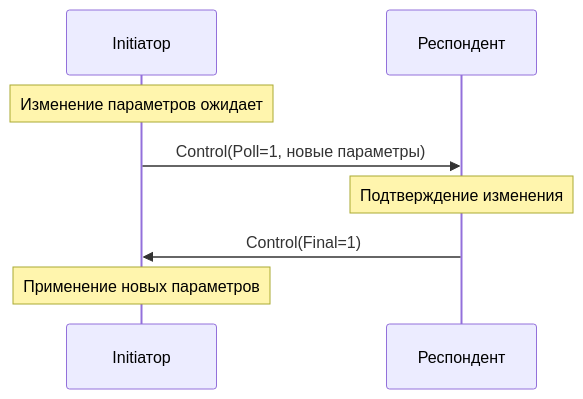
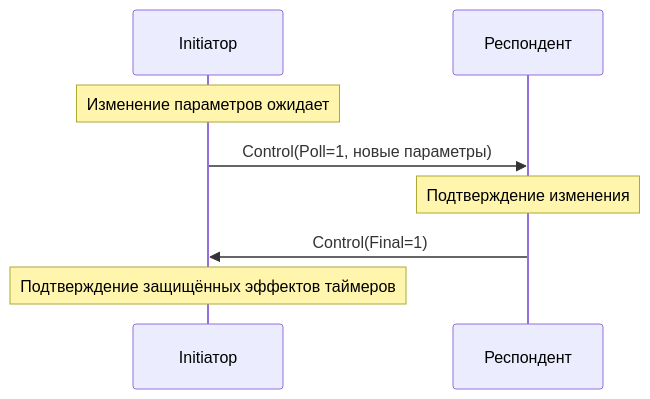
The second of 2 diagrams in docs/ru/02-protocol.md (dantte-lp/gobfd), drawn with Mermaid before and after one commit. The commit also changed other lines of this file and 24 other files, not shown here.

````diff
--- a/docs/ru/02-protocol.md
+++ b/docs/ru/02-protocol.md
@@ -182,11 +182,11 @@
 ```mermaid
 sequenceDiagram
     participant A as Initiатор
     participant B as Респондент
 
     Note over A: Изменение параметров ожидает
     A->>B: Control(Poll=1, новые параметры)
     Note over B: Подтверждение изменения
     B->>A: Control(Final=1)
-    Note over A: Применение новых параметров
+    Note over A: Подтверждение защищённых эффектов таймеров
 ```
````
